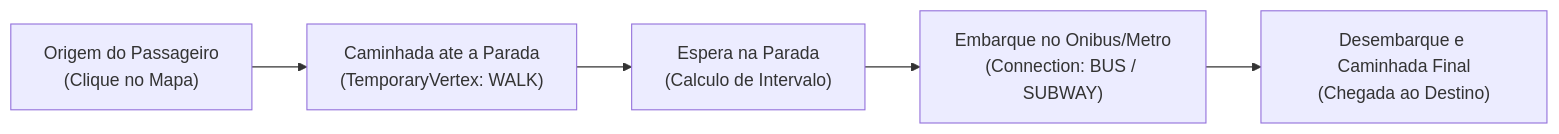
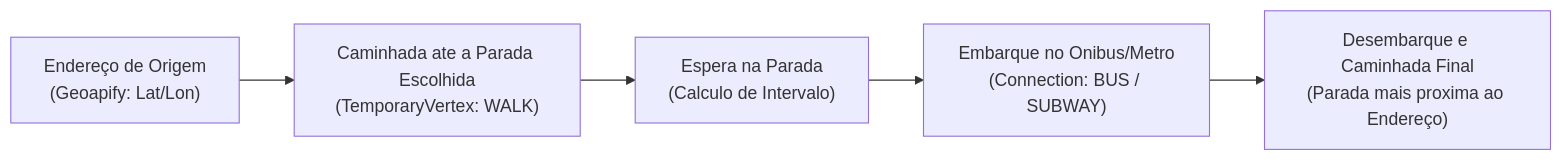
One commit to Luizfmaia10-dev/TP-Grafos changed the first of 6 diagrams in docs/GUIA_TECNICO_DIDATICO.md. Above: the diagram before and after it, drawn with Mermaid. The commit also changed other lines of this file and 163 other files, not shown here.

````diff
--- a/docs/GUIA_TECNICO_DIDATICO.md
+++ b/docs/GUIA_TECNICO_DIDATICO.md
@@ -13,7 +13,7 @@
 ```mermaid
 graph LR
-    A["Origem do Passageiro\n(Clique no Mapa)"] --> B["Caminhada ate a Parada\n(TemporaryVertex: WALK)"]
+    A["Endereço de Origem\n(Geoapify: Lat/Lon)"] --> B["Caminhada ate a Parada Escolhida\n(TemporaryVertex: WALK)"]
     B --> C["Espera na Parada\n(Calculo de Intervalo)"]
     C --> D["Embarque no Onibus/Metro\n(Connection: BUS / SUBWAY)"]
-    D --> E["Desembarque e Caminhada Final\n(Chegada ao Destino)"]
+    D --> E["Desembarque e Caminhada Final\n(Parada mais proxima ao Endereço)"]
 ```
````
